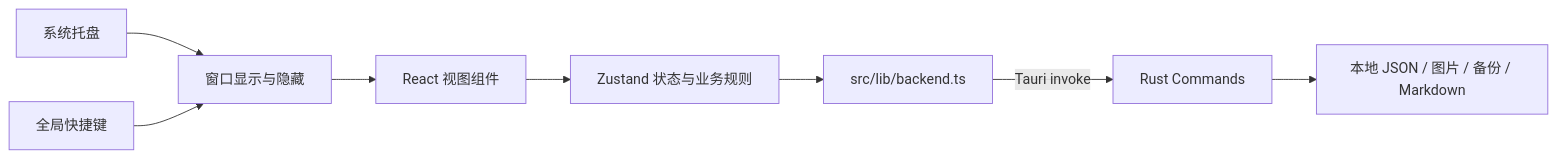
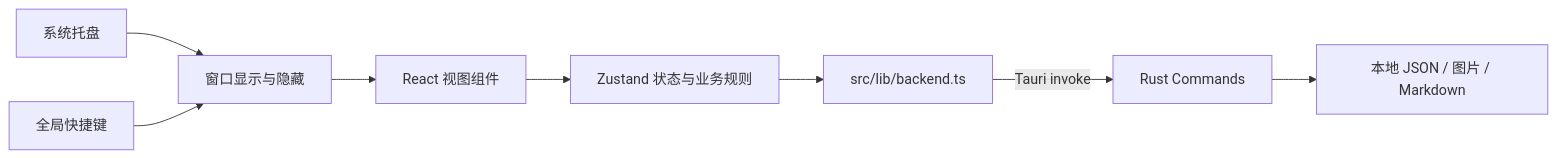
One commit to Changee-git/personal-work-panel changed the diagram in ARCHITECTURE.md. Above: the diagram before and after it, drawn with Mermaid. The commit also changed other lines of this file and 29 other files, not shown here.

````diff
--- a/ARCHITECTURE.md
+++ b/ARCHITECTURE.md
@@ -31,10 +31,10 @@
 ```mermaid
 flowchart LR
   UI["React 视图组件"] --> Store["Zustand 状态与业务规则"]
   Store --> Backend["src/lib/backend.ts"]
   Backend -->|"Tauri invoke"| Commands["Rust Commands"]
-  Commands --> Storage["本地 JSON / 图片 / 备份 / Markdown"]
+  Commands --> Storage["本地 JSON / 图片 / Markdown"]
   Tray["系统托盘"] --> Window["窗口显示与隐藏"]
   Shortcut["全局快捷键"] --> Window
   Window --> UI
 ```
````
